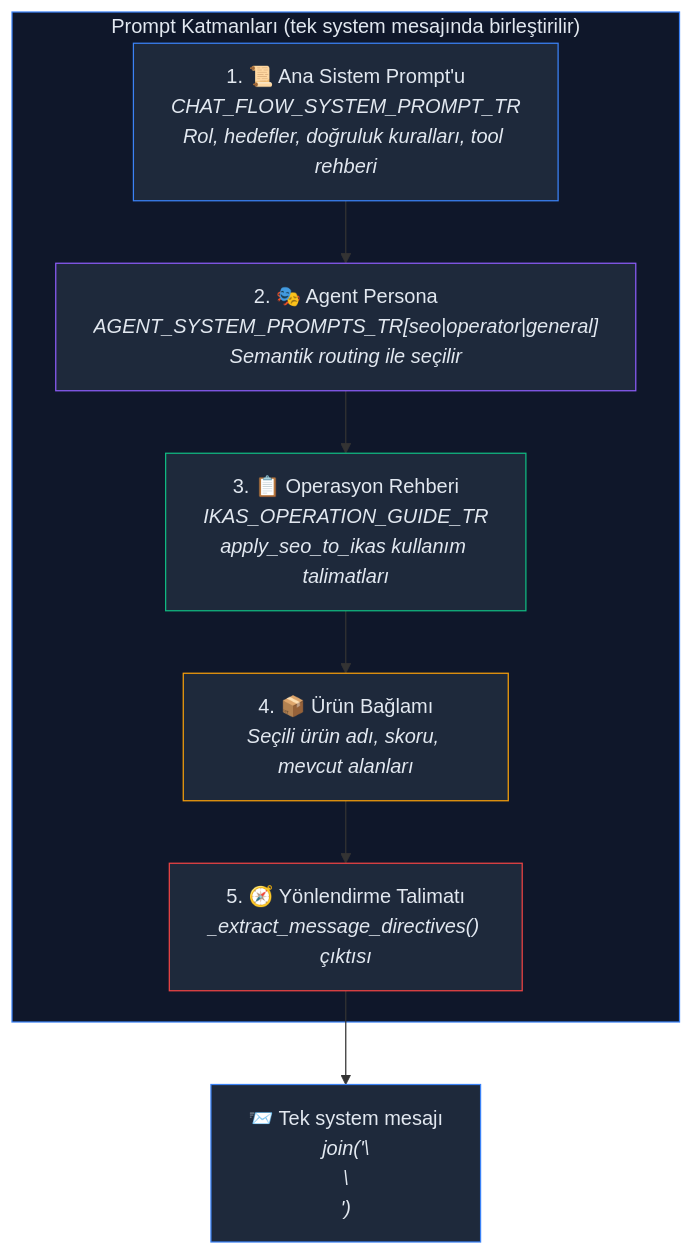
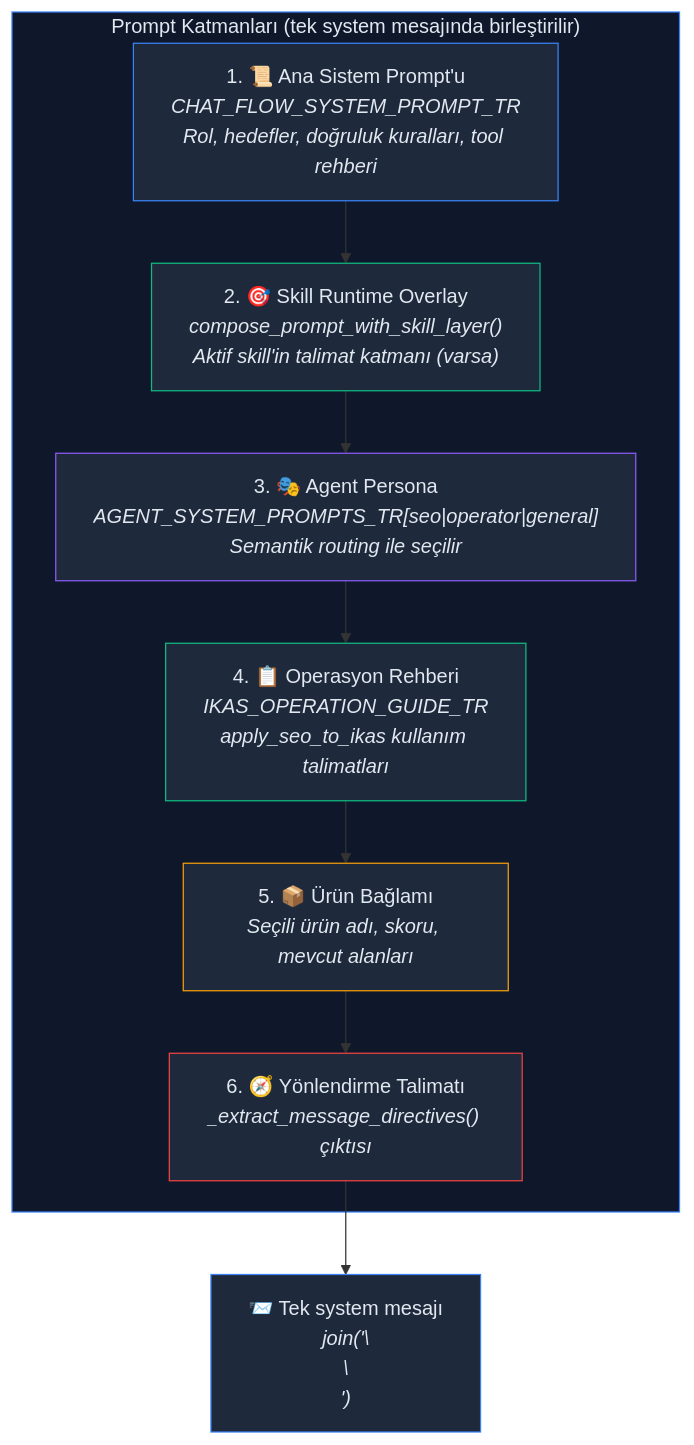
One commit to YigitKa/ikas-ai-seo-agent changed diagram 16 of 18 in README.md. Above: the diagram before and after it, drawn with Mermaid. The commit also changed other lines of this file and 19 other files, not shown here.

First line of the commit message:
Add integration tests for skill studio API and runtime skill selection

````diff
--- a/README.md
+++ b/README.md
@@ -694,21 +761,23 @@
 ```mermaid
 graph TB
     subgraph LAYERS ["Prompt Katmanları (tek system mesajında birleştirilir)"]
         P1["1. 📜 Ana Sistem Prompt'u<br/><i>CHAT_FLOW_SYSTEM_PROMPT_TR<br/>Rol, hedefler, doğruluk kuralları, tool rehberi</i>"]
-        P2["2. 🎭 Agent Persona<br/><i>AGENT_SYSTEM_PROMPTS_TR[seo|operator|general]<br/>Semantik routing ile seçilir</i>"]
-        P3["3. 📋 Operasyon Rehberi<br/><i>IKAS_OPERATION_GUIDE_TR<br/>apply_seo_to_ikas kullanım talimatları</i>"]
-        P4["4. 📦 Ürün Bağlamı<br/><i>Seçili ürün adı, skoru, mevcut alanları</i>"]
-        P5["5. 🧭 Yönlendirme Talimatı<br/><i>_extract_message_directives() çıktısı</i>"]
+        PSK["2. 🎯 Skill Runtime Overlay<br/><i>compose_prompt_with_skill_layer()<br/>Aktif skill'in talimat katmanı (varsa)</i>"]
+        P2["3. 🎭 Agent Persona<br/><i>AGENT_SYSTEM_PROMPTS_TR[seo|operator|general]<br/>Semantik routing ile seçilir</i>"]
+        P3["4. 📋 Operasyon Rehberi<br/><i>IKAS_OPERATION_GUIDE_TR<br/>apply_seo_to_ikas kullanım talimatları</i>"]
+        P4["5. 📦 Ürün Bağlamı<br/><i>Seçili ürün adı, skoru, mevcut alanları</i>"]
+        P5["6. 🧭 Yönlendirme Talimatı<br/><i>_extract_message_directives() çıktısı</i>"]
     end
 
-    P1 --> P2 --> P3 --> P4 --> P5
+    P1 --> PSK --> P2 --> P3 --> P4 --> P5
     P5 --> MERGE["📨 Tek system mesajı<br/><i>join('\\n\\n')</i>"]
 
     style LAYERS fill:#0f172a,stroke:#3b82f6,color:#e2e8f0
     style P1 fill:#1e293b,stroke:#3b82f6,color:#e2e8f0
+    style PSK fill:#1e293b,stroke:#10b981,color:#e2e8f0
     style P2 fill:#1e293b,stroke:#8b5cf6,color:#e2e8f0
     style P3 fill:#1e293b,stroke:#10b981,color:#e2e8f0
     style P4 fill:#1e293b,stroke:#f59e0b,color:#e2e8f0
     style P5 fill:#1e293b,stroke:#ef4444,color:#e2e8f0
     style MERGE fill:#1e293b,stroke:#3b82f6,color:#e2e8f0
 ```
````
